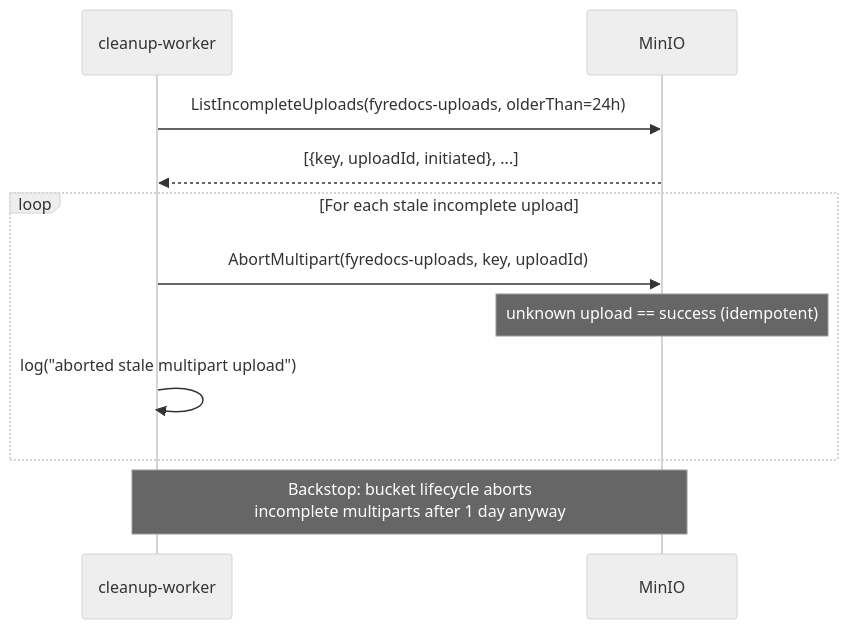
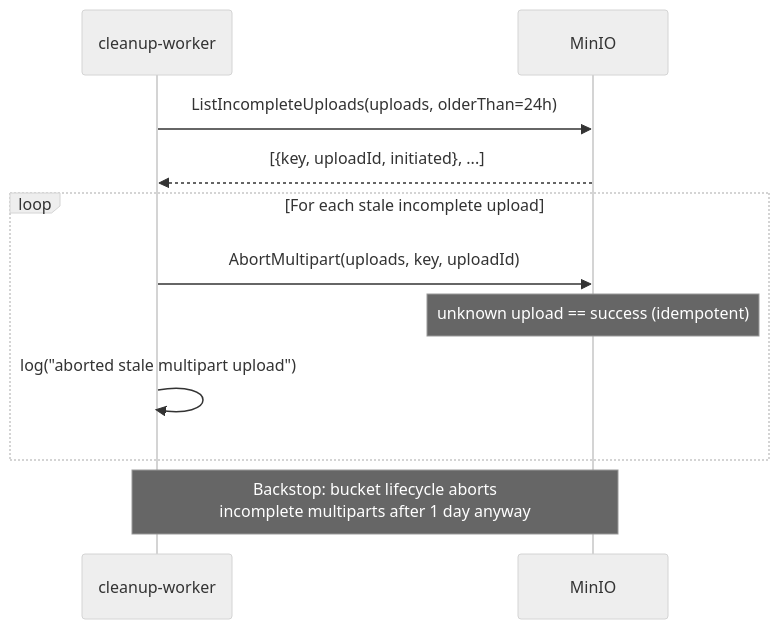
Before and after one commit to Prachidubey2003/fyredocs_backend: the fourth of 7 diagrams in docs/developer/mermaid/service-cleanup-worker-sequence.md, drawn with Mermaid (neutral theme). The commit also changed other lines of this file and 28 other files, not shown here.

````diff
--- a/docs/developer/mermaid/service-cleanup-worker-sequence.md
+++ b/docs/developer/mermaid/service-cleanup-worker-sequence.md
@@ -117,16 +117,16 @@
 ```mermaid
 sequenceDiagram
     participant CW as cleanup-worker
     participant S3 as MinIO
 
-    CW->>S3: ListIncompleteUploads(fyredocs-uploads, olderThan=24h)
+    CW->>S3: ListIncompleteUploads(uploads, olderThan=24h)
     S3-->>CW: [{key, uploadId, initiated}, ...]
 
     loop For each stale incomplete upload
-        CW->>S3: AbortMultipart(fyredocs-uploads, key, uploadId)
+        CW->>S3: AbortMultipart(uploads, key, uploadId)
         Note over S3: unknown upload == success (idempotent)
         CW->>CW: log("aborted stale multipart upload")
     end
 
     Note over CW,S3: Backstop: bucket lifecycle aborts<br/>incomplete multiparts after 1 day anyway
 ```
````
